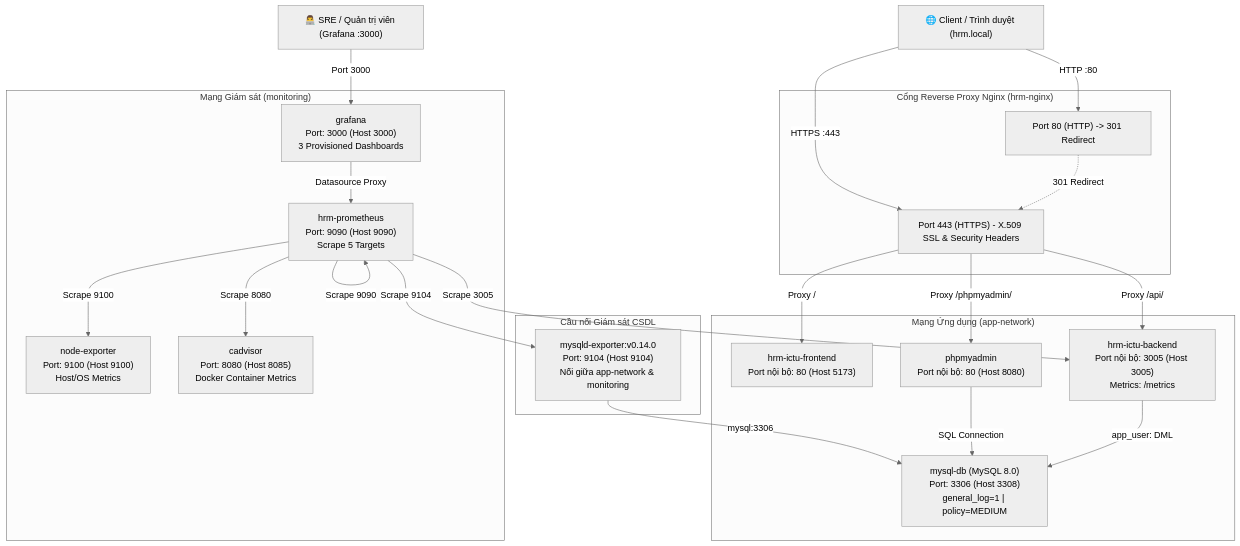
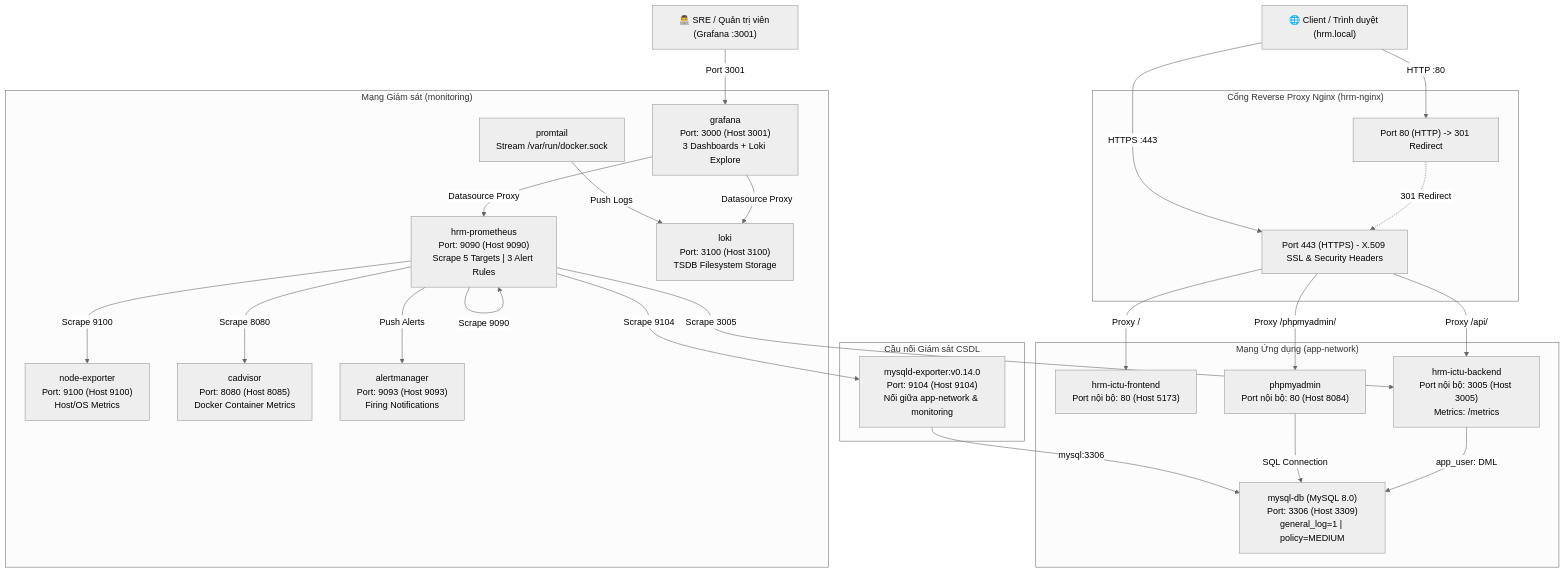
One commit to mrminh836/He_Thong_Quan_Ly_Nhan_Su_ICTU changed the diagram in README.md. Above: the diagram before and after it, drawn with Mermaid (neutral theme). The commit also changed other lines of this file, not shown here.

Commit message:
docs: sync README.md with Commit 3 architecture, 13 containers, badges, and disaster recovery

````diff
--- a/README.md
+++ b/README.md
@@ -34,48 +40,54 @@
 ```mermaid
 graph TD
     Client["🌐 Client / Trình duyệt (hrm.local)"]
-    Admin["👨‍💻 SRE / Quản trị viên (Grafana :3000)"]
+    Admin["👨‍💻 SRE / Quản trị viên (Grafana :3001)"]
     
     subgraph Gateway ["Cổng Reverse Proxy Nginx (hrm-nginx)"]
         HTTP["Port 80 (HTTP) -> 301 Redirect"]
         HTTPS["Port 443 (HTTPS) - X.509 SSL & Security Headers"]
     end
     
     subgraph AppNetwork ["Mạng Ứng dụng (app-network)"]
         FE["hrm-ictu-frontend<br/>Port nội bộ: 80 (Host 5173)"]
         BE["hrm-ictu-backend<br/>Port nội bộ: 3005 (Host 3005)<br/>Metrics: /metrics"]
-        PMA["phpmyadmin<br/>Port nội bộ: 80 (Host 8080)"]
-        DB["mysql-db (MySQL 8.0)<br/>Port: 3306 (Host 3308)<br/>general_log=1 | policy=MEDIUM"]
+        PMA["phpmyadmin<br/>Port nội bộ: 80 (Host 8084)"]
+        DB["mysql-db (MySQL 8.0)<br/>Port: 3306 (Host 3309)<br/>general_log=1 | policy=MEDIUM"]
     end
     
     subgraph MonitoringNetwork ["Mạng Giám sát (monitoring)"]
         EXP_NODE["node-exporter<br/>Port: 9100 (Host 9100)<br/>Host/OS Metrics"]
         CADVISOR["cadvisor<br/>Port: 8080 (Host 8085)<br/>Docker Container Metrics"]
-        PROM["hrm-prometheus<br/>Port: 9090 (Host 9090)<br/>Scrape 5 Targets"]
-        GRAF["grafana<br/>Port: 3000 (Host 3000)<br/>3 Provisioned Dashboards"]
+        PROM["hrm-prometheus<br/>Port: 9090 (Host 9090)<br/>Scrape 5 Targets | 3 Alert Rules"]
+        ALERT["alertmanager<br/>Port: 9093 (Host 9093)<br/>Firing Notifications"]
+        GRAF["grafana<br/>Port: 3000 (Host 3001)<br/>3 Dashboards + Loki Explore"]
+        LOKI["loki<br/>Port: 3100 (Host 3100)<br/>TSDB Filesystem Storage"]
+        PROMTAIL["promtail<br/>Stream /var/run/docker.sock"]
     end
 
     subgraph Bridge ["Cầu nối Giám sát CSDL"]
         EXP_MYSQL["mysqld-exporter:v0.14.0<br/>Port: 9104 (Host 9104)<br/>Nối giữa app-network & monitoring"]
     end
     
     Client -->|HTTP :80| HTTP
     HTTP -.->|301 Redirect| HTTPS
     Client -->|HTTPS :443| HTTPS
     
     HTTPS -->|Proxy /| FE
     HTTPS -->|Proxy /api/| BE
     HTTPS -->|Proxy /phpmyadmin/| PMA
     
     BE -->|app_user: DML| DB
     PMA -->|SQL Connection| DB
     EXP_MYSQL -->|mysql:3306| DB
 
-    Admin -->|Port 3000| GRAF
+    Admin -->|Port 3001| GRAF
     GRAF -->|Datasource Proxy| PROM
+    GRAF -->|Datasource Proxy| LOKI
     PROM -->|Scrape 9090| PROM
     PROM -->|Scrape 9100| EXP_NODE
     PROM -->|Scrape 8080| CADVISOR
     PROM -->|Scrape 9104| EXP_MYSQL
     PROM -->|Scrape 3005| BE
+    PROM -->|Push Alerts| ALERT
+    PROMTAIL -->|Push Logs| LOKI
 ```
````
